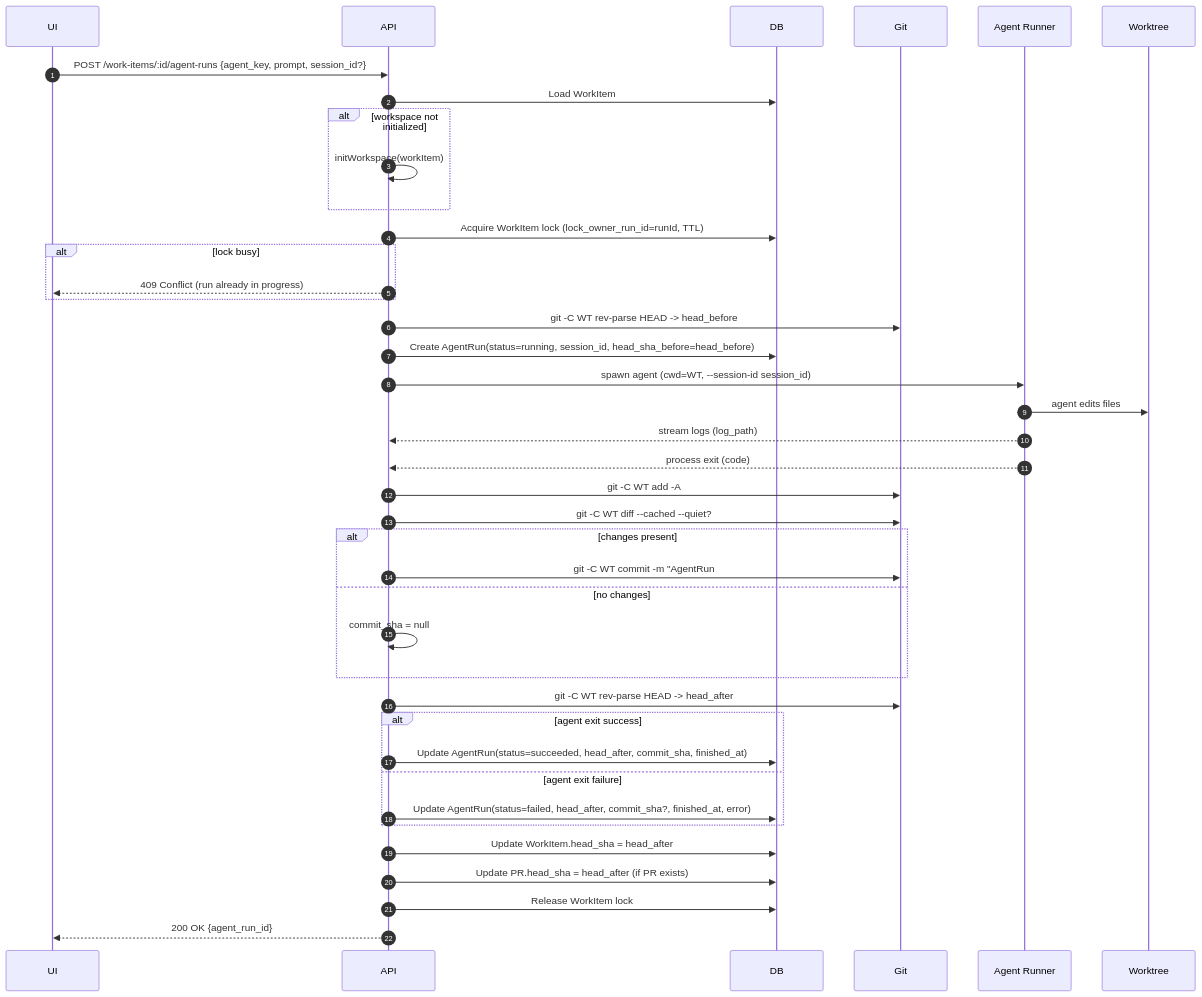
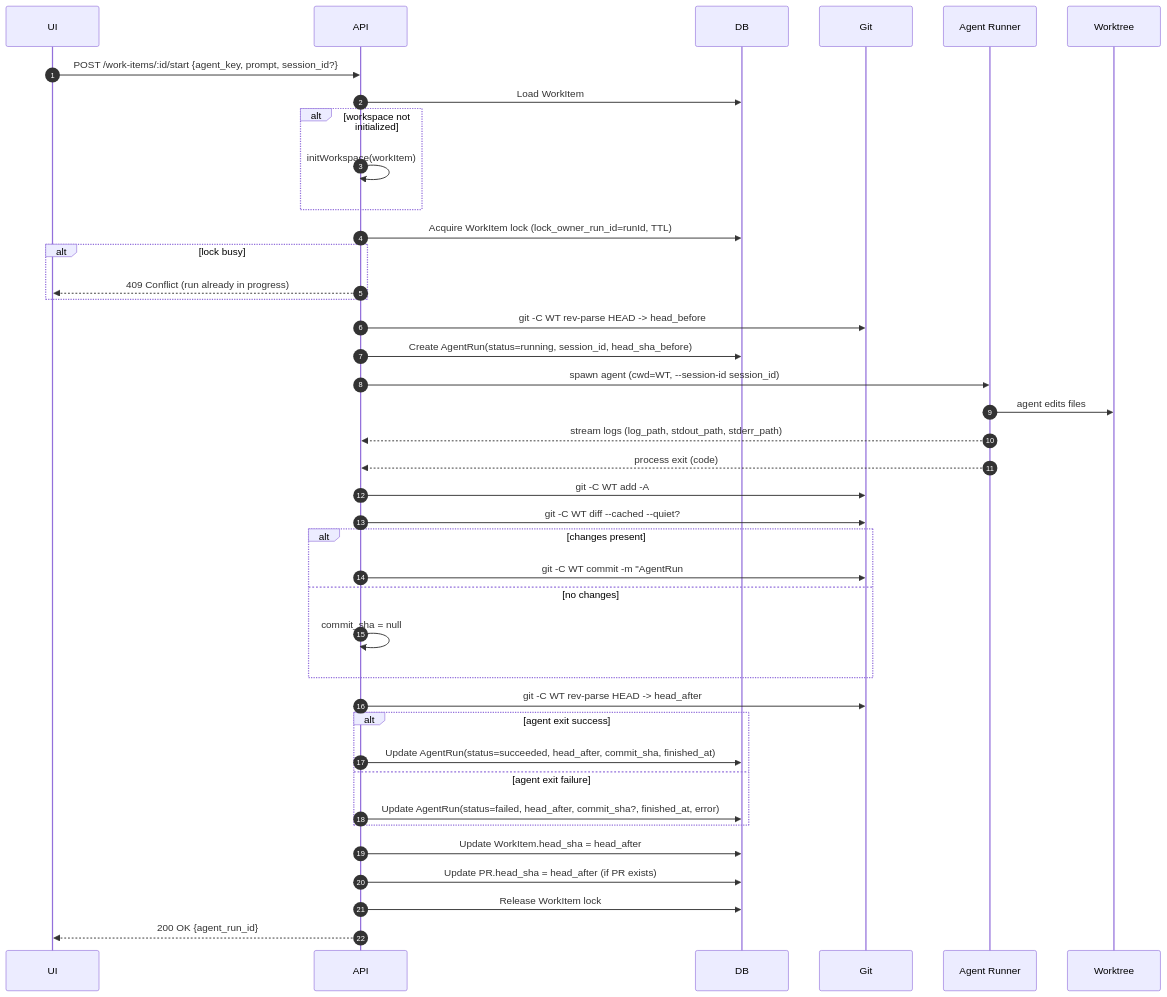
The third of 6 diagrams in PLAN.md (LaurenceLong/git-vibe), drawn with Mermaid before and after one commit. The commit also changed other lines of this file and 5 other files, not shown here.

````diff
--- a/PLAN.md
+++ b/PLAN.md
@@ -478,49 +505,49 @@
 ```mermaid
 sequenceDiagram
   autonumber
   participant UI as UI
   participant API as API
   participant DB as DB
   participant G as Git
   participant R as Agent Runner
   participant WT as Worktree
 
-  UI->>API: POST /work-items/:id/agent-runs {agent_key, prompt, session_id?}
+  UI->>API: POST /work-items/:id/start {agent_key, prompt, session_id?}
   API->>DB: Load WorkItem
   alt workspace not initialized
     API->>API: initWorkspace(workItem)
   end
 
   API->>DB: Acquire WorkItem lock (lock_owner_run_id=runId, TTL)
   alt lock busy
     API-->>UI: 409 Conflict (run already in progress)
   end
 
   API->>G: git -C WT rev-parse HEAD -> head_before
-  API->>DB: Create AgentRun(status=running, session_id, head_sha_before=head_before)
+  API->>DB: Create AgentRun(status=running, session_id, head_sha_before)
 
   API->>R: spawn agent (cwd=WT, --session-id session_id)
   R->>WT: agent edits files
-  R-->>API: stream logs (log_path)
+  R-->>API: stream logs (log_path, stdout_path, stderr_path)
 
   R-->>API: process exit (code)
   API->>G: git -C WT add -A
   API->>G: git -C WT diff --cached --quiet?
   alt changes present
     API->>G: git -C WT commit -m "AgentRun #id: <summary>" -> commit_sha
   else no changes
     API->>API: commit_sha = null
   end
   API->>G: git -C WT rev-parse HEAD -> head_after
 
   alt agent exit success
     API->>DB: Update AgentRun(status=succeeded, head_after, commit_sha, finished_at)
   else agent exit failure
     API->>DB: Update AgentRun(status=failed, head_after, commit_sha?, finished_at, error)
   end
 
   API->>DB: Update WorkItem.head_sha = head_after
   API->>DB: Update PR.head_sha = head_after (if PR exists)
   API->>DB: Release WorkItem lock
   API-->>UI: 200 OK {agent_run_id}
 ```
````
